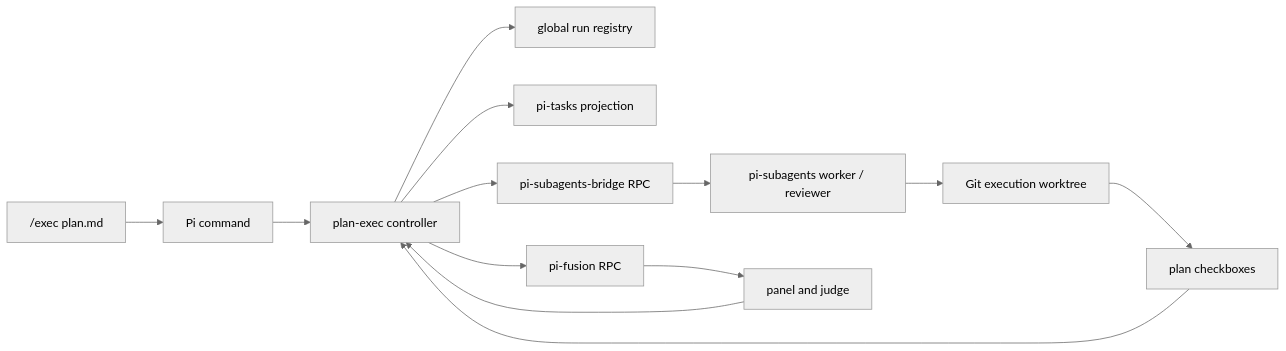
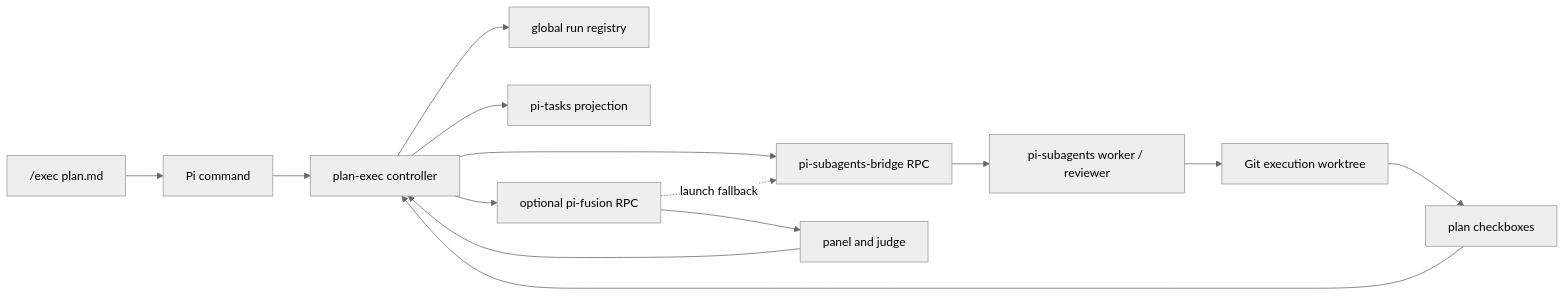
Before and after one commit to alexei-led/pi-plan-exec: the diagram in docs/architecture.md, drawn with Mermaid (neutral theme). The commit also changed other lines of this file and 13 other files, not shown here.

````diff
--- a/docs/architecture.md
+++ b/docs/architecture.md
@@ -38,15 +42,16 @@
 ```mermaid
 flowchart LR
     user["/exec plan.md"] --> command[Pi command]
     command --> controller[plan-exec controller]
     controller --> registry["global run registry"]
     controller --> projection[pi-tasks projection]
     controller --> bridge[pi-subagents-bridge RPC]
     bridge --> agents["pi-subagents worker / reviewer"]
-    controller --> fusion[pi-fusion RPC]
+    controller --> fusion[optional pi-fusion RPC]
     fusion --> panel[panel and judge]
+    fusion -. launch fallback .-> bridge
     agents --> worktree[Git execution worktree]
     panel --> controller
     worktree --> plan[plan checkboxes]
     plan --> controller
 ```
````
